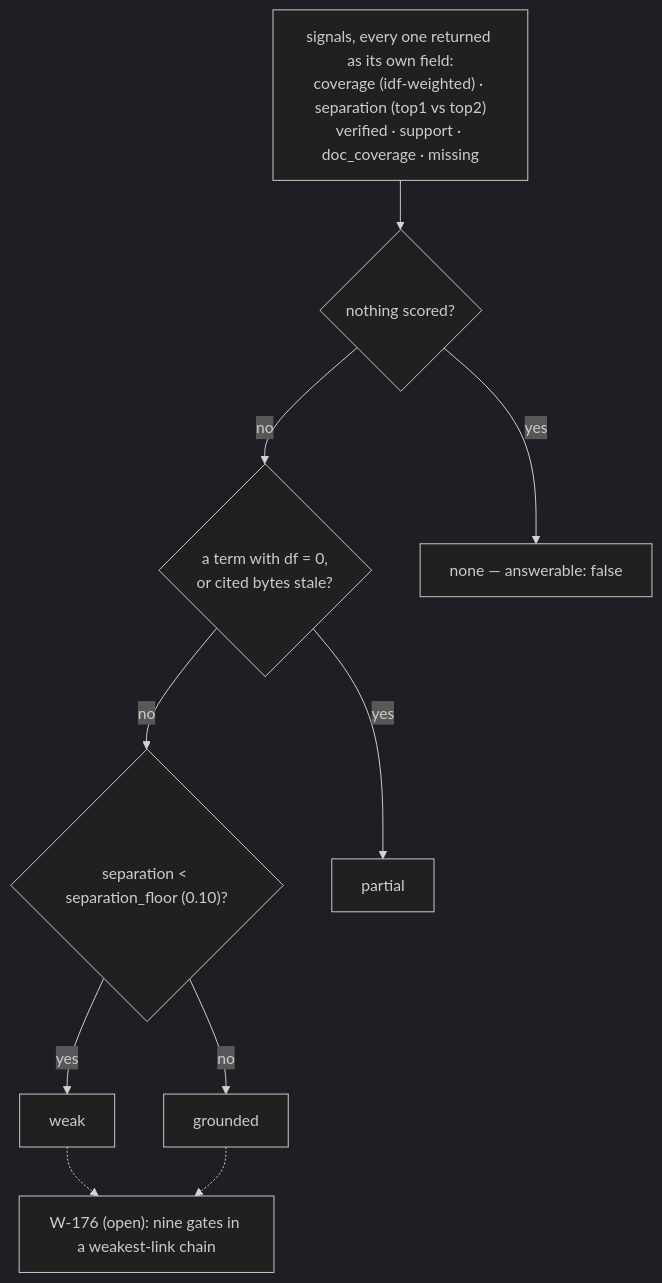
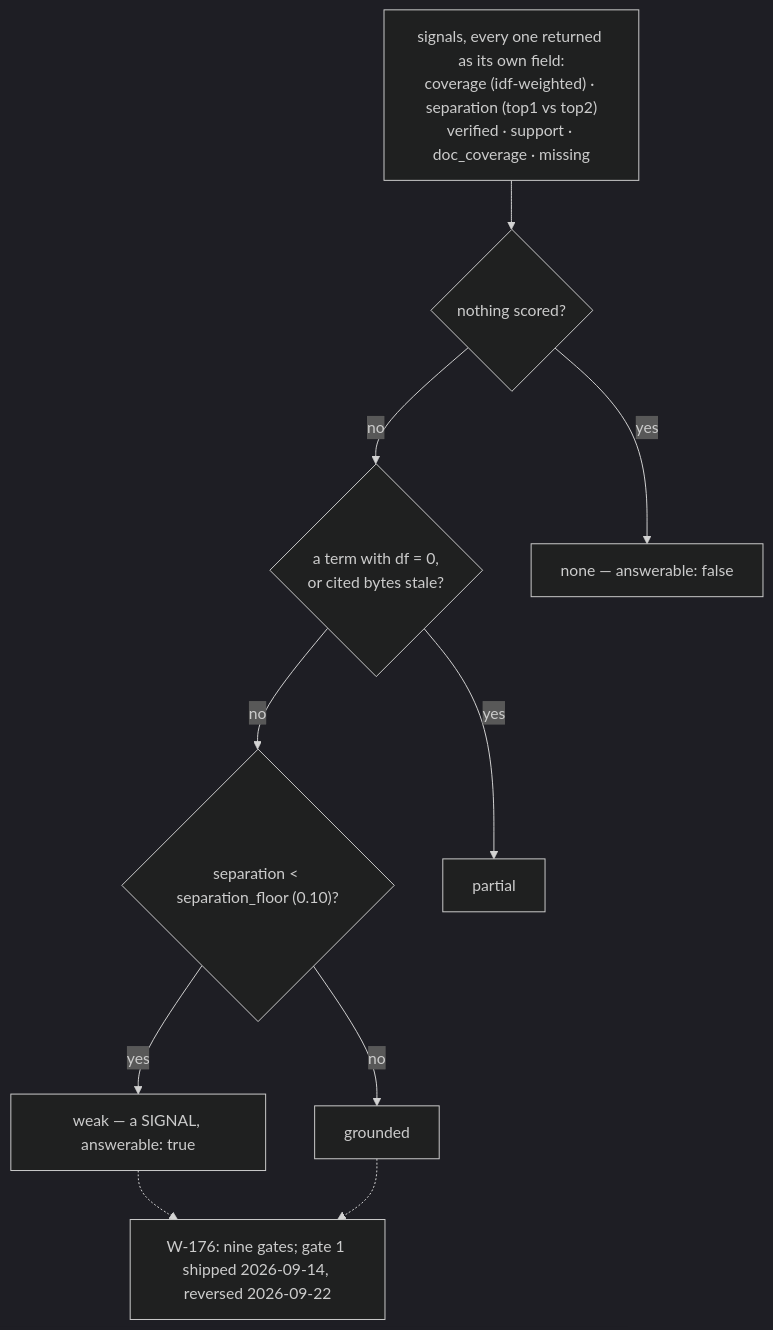
One commit to arpitarya/fux changed the tenth of 18 diagrams in docs/paper/the-fux-index-paper.md. Above: the diagram before and after it, drawn with Mermaid (dark theme). The commit also changed other lines of this file and 500 other files, not shown here.

````diff
--- a/docs/paper/the-fux-index-paper.md
+++ b/docs/paper/the-fux-index-paper.md
@@ -582,21 +582,21 @@
 ```mermaid
 flowchart TB
   S["signals, every one returned as its own field:<br/>coverage (idf-weighted) · separation (top1 vs top2)<br/>verified · support · doc_coverage · missing"]
   N{"nothing scored?"}
   P{"a term with df = 0,<br/>or cited bytes stale?"}
   W{"separation &lt; separation_floor (0.10)?"}
   B0["none — answerable: false"]
   B1["partial"]
-  B2["weak"]
+  B2["weak — a SIGNAL, answerable: true"]
   B3["grounded"]
-  G["W-176 (open): nine gates in a weakest-link chain"]
+  G["W-176: nine gates; gate 1 shipped 2026-09-14, reversed 2026-09-22"]
   S --> N
   N -- yes --> B0
   N -- no --> P
   P -- yes --> B1
   P -- no --> W
   W -- yes --> B2
   W -- no --> B3
   B2 -.-> G
   B3 -.-> G
 ```
````
